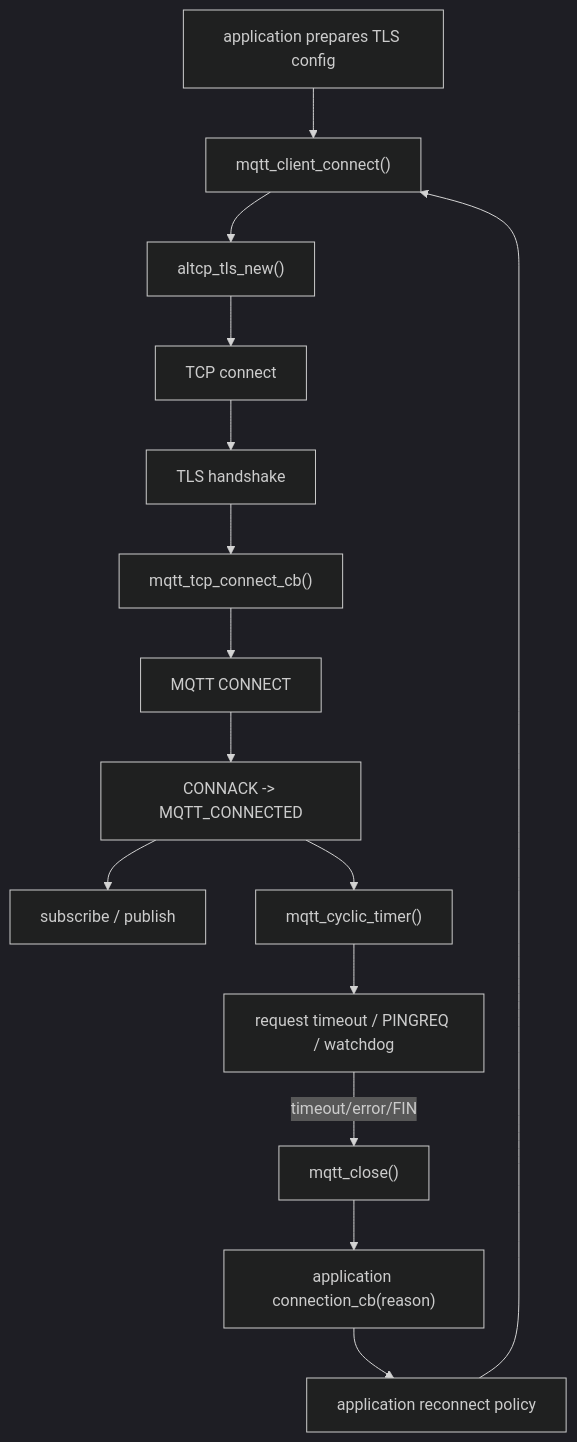
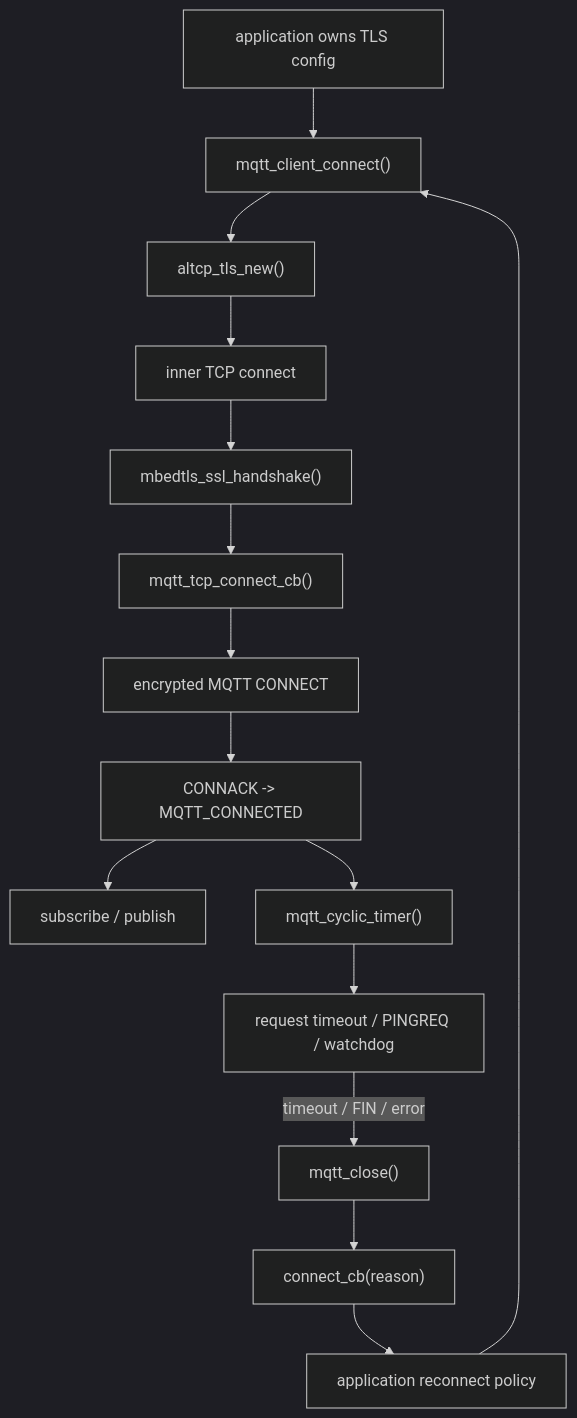
Before and after one commit to wdfk-prog/lwIP-Source-Lab: the third of 3 diagrams in docs/35-mqtt-tls-reconnect-keepalive.md, drawn with Mermaid (dark theme). The commit also changed other lines of this file and 49 other files, not shown here.

````diff
--- a/docs/35-mqtt-tls-reconnect-keepalive.md
+++ b/docs/35-mqtt-tls-reconnect-keepalive.md
@@ -346,17 +790,17 @@
 ```mermaid
 flowchart TD
-    A["application prepares TLS config"] --> B["mqtt_client_connect()"]
+    A["application owns TLS config"] --> B["mqtt_client_connect()"]
     B --> C["altcp_tls_new()"]
-    C --> D["TCP connect"]
-    D --> E["TLS handshake"]
+    C --> D["inner TCP connect"]
+    D --> E["mbedtls_ssl_handshake()"]
     E --> F["mqtt_tcp_connect_cb()"]
-    F --> G["MQTT CONNECT"]
+    F --> G["encrypted MQTT CONNECT"]
     G --> H["CONNACK -> MQTT_CONNECTED"]
     H --> I["subscribe / publish"]
     H --> J["mqtt_cyclic_timer()"]
     J --> K["request timeout / PINGREQ / watchdog"]
-    K -->|"timeout/error/FIN"| L["mqtt_close()"]
-    L --> M["application connection_cb(reason)"]
+    K -->|"timeout / FIN / error"| L["mqtt_close()"]
+    L --> M["connect_cb(reason)"]
     M --> N["application reconnect policy"]
     N --> B
 ```
````
